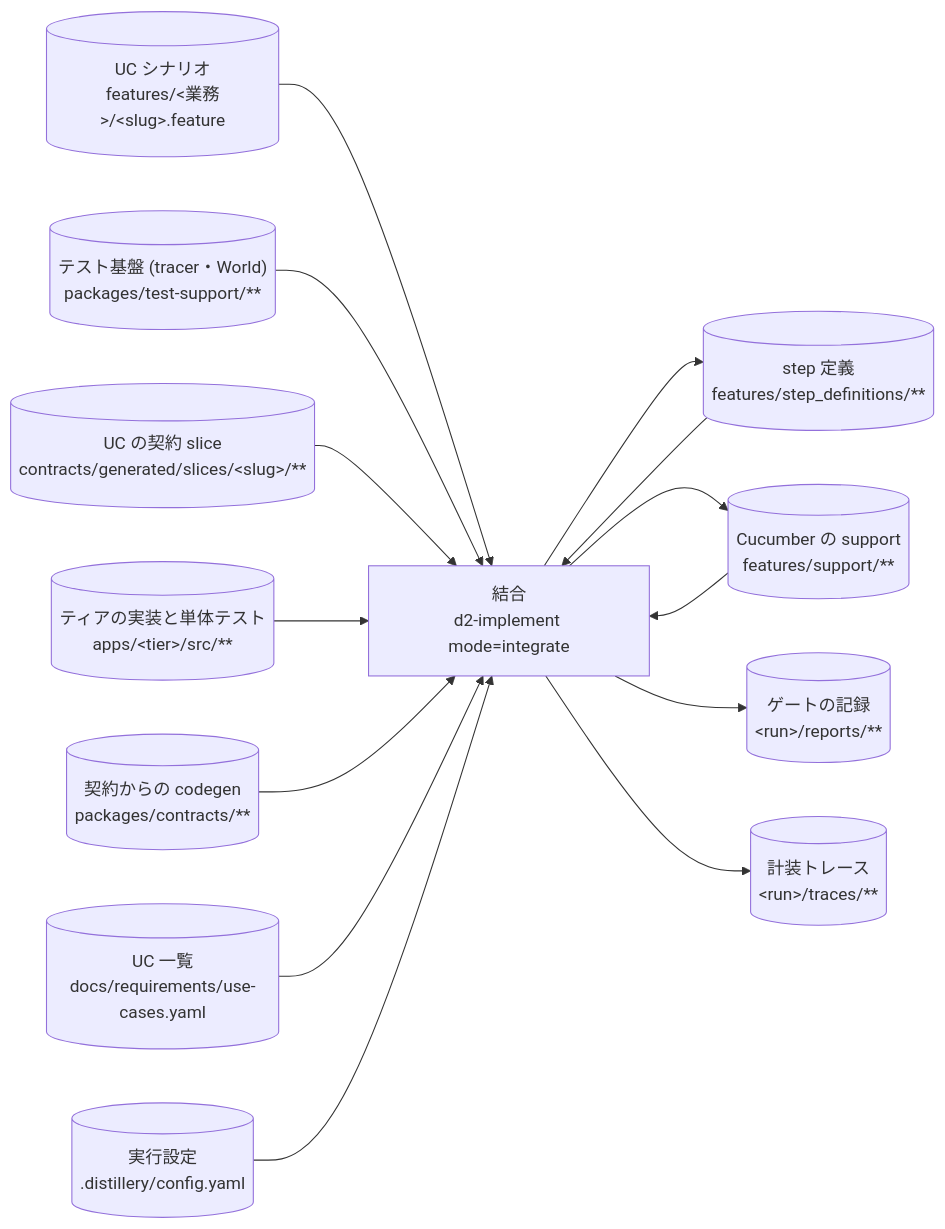
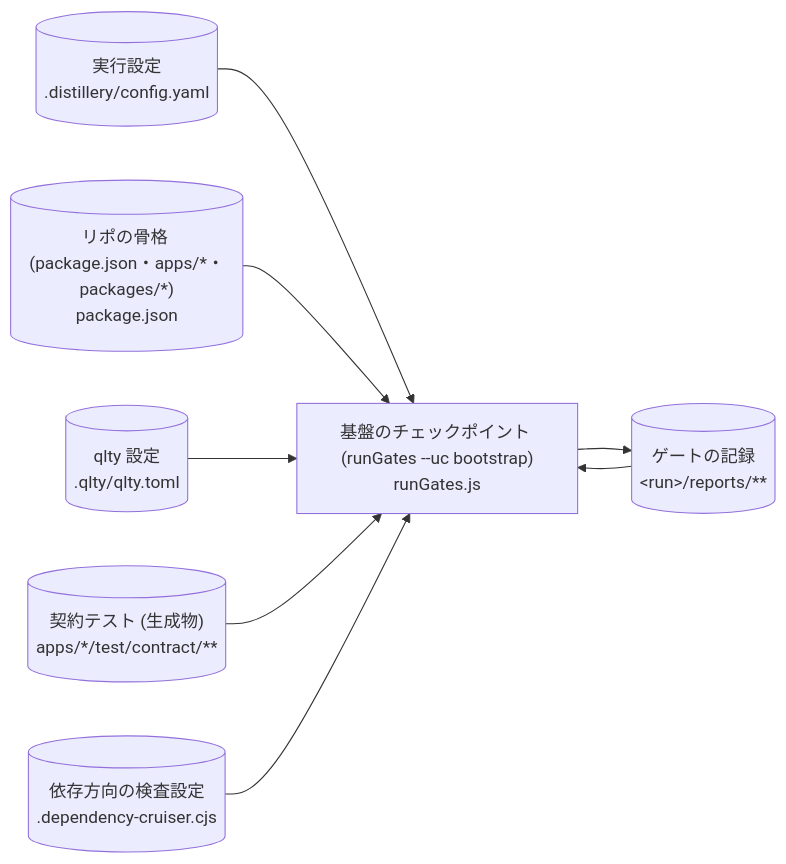
One commit to suwa-sh/suwa-sh-claude-plugins changed diagram 19 of 40 in plugins/distillery2/skills/d2-common/references/dataflow.md. Above: the diagram before and after it, drawn with Mermaid. The commit also changed other lines of this file and 6 other files, not shown here.

First line of the commit message:
feat(distillery2): DFD の図を段階・処理ごとに分けて読める大きさにする (0.1.21)

````diff
--- a/plugins/distillery2/skills/d2-common/references/dataflow.md
+++ b/plugins/distillery2/skills/d2-common/references/dataflow.md
@@ -545,28 +424,17 @@
 ```mermaid
 flowchart LR
-  s_use_cases[("UC 一覧<br/>docs/requirements/use-cases.yaml")]
-  s_test_support[("テスト基盤 (tracer・World)<br/>packages/test-support/**")]
-  s_features_support[("Cucumber の support<br/>features/support/**")]
+  p_run_foundation_gates["基盤のチェックポイント (runGates --uc bootstrap)<br/>runGates.js"]
   s_config[("実行設定<br/>.distillery/config.yaml")]
-  s_contract_slice[("UC の契約 slice<br/>contracts/generated/slices/#lt;slug#gt;/**")]
-  s_contracts_code[("契約からの codegen<br/>packages/contracts/**")]
-  s_feature[("UC シナリオ<br/>features/#lt;業務#gt;/#lt;slug#gt;.feature")]
-  s_steps[("step 定義<br/>features/step_definitions/**")]
-  s_tier_src[("ティアの実装と単体テスト<br/>apps/#lt;tier#gt;/src/**")]
+  s_skeleton[("リポの骨格 (package.json・apps/*・packages/*)<br/>package.json")]
+  s_qlty_config[("qlty 設定<br/>.qlty/qlty.toml")]
+  s_contract_tests[("契約テスト (生成物)<br/>apps/*/test/contract/**")]
+  s_depcruise_config[("依存方向の検査設定<br/>.dependency-cruiser.cjs")]
   s_reports[("ゲートの記録<br/>#lt;run#gt;/reports/**")]
-  s_traces[("計装トレース<br/>#lt;run#gt;/traces/**")]
-  p_implement_integrate["結合<br/>d2-implement mode=integrate"]
-  s_feature --> p_implement_integrate
-  s_steps --> p_implement_integrate
-  s_features_support --> p_implement_integrate
-  s_test_support --> p_implement_integrate
-  s_contract_slice --> p_implement_integrate
-  s_tier_src --> p_implement_integrate
-  s_contracts_code --> p_implement_integrate
-  s_use_cases --> p_implement_integrate
-  s_config --> p_implement_integrate
-  p_implement_integrate --> s_steps
-  p_implement_integrate --> s_features_support
-  p_implement_integrate --> s_reports
-  p_implement_integrate --> s_traces
+  s_config --> p_run_foundation_gates
+  s_skeleton --> p_run_foundation_gates
+  s_qlty_config --> p_run_foundation_gates
+  s_contract_tests --> p_run_foundation_gates
+  s_depcruise_config --> p_run_foundation_gates
+  s_reports --> p_run_foundation_gates
+  p_run_foundation_gates --> s_reports
 ```
````
